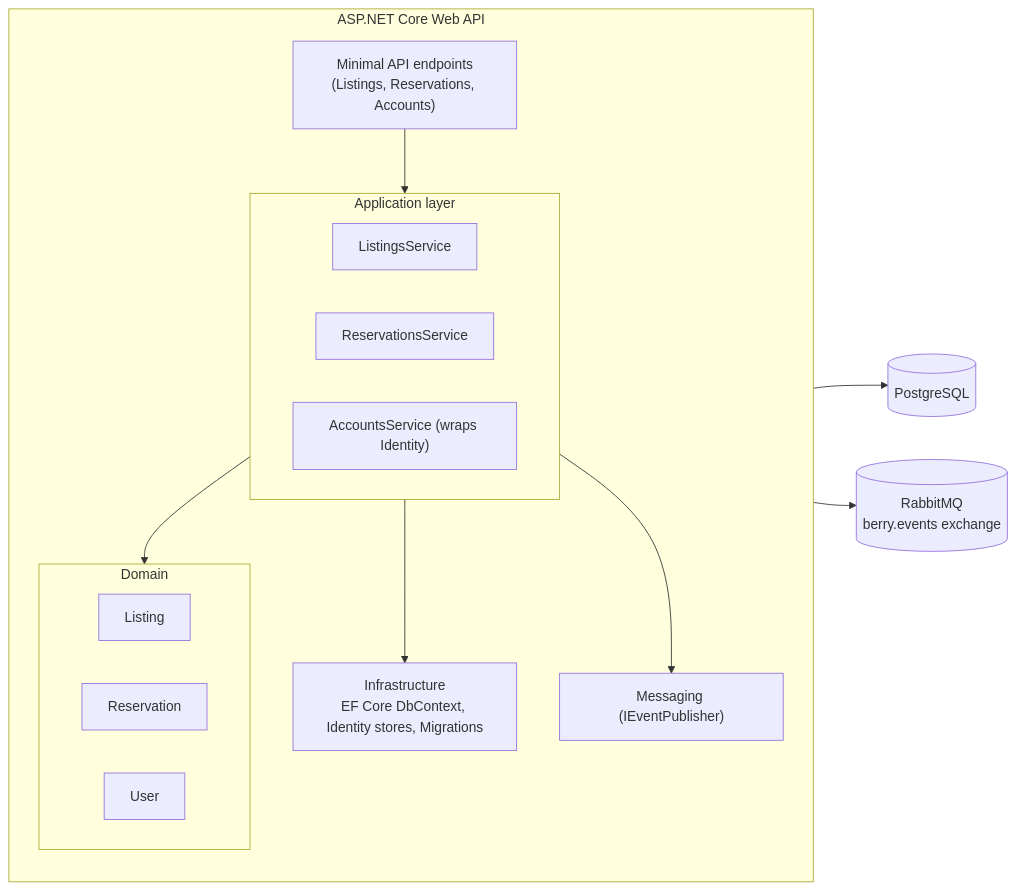
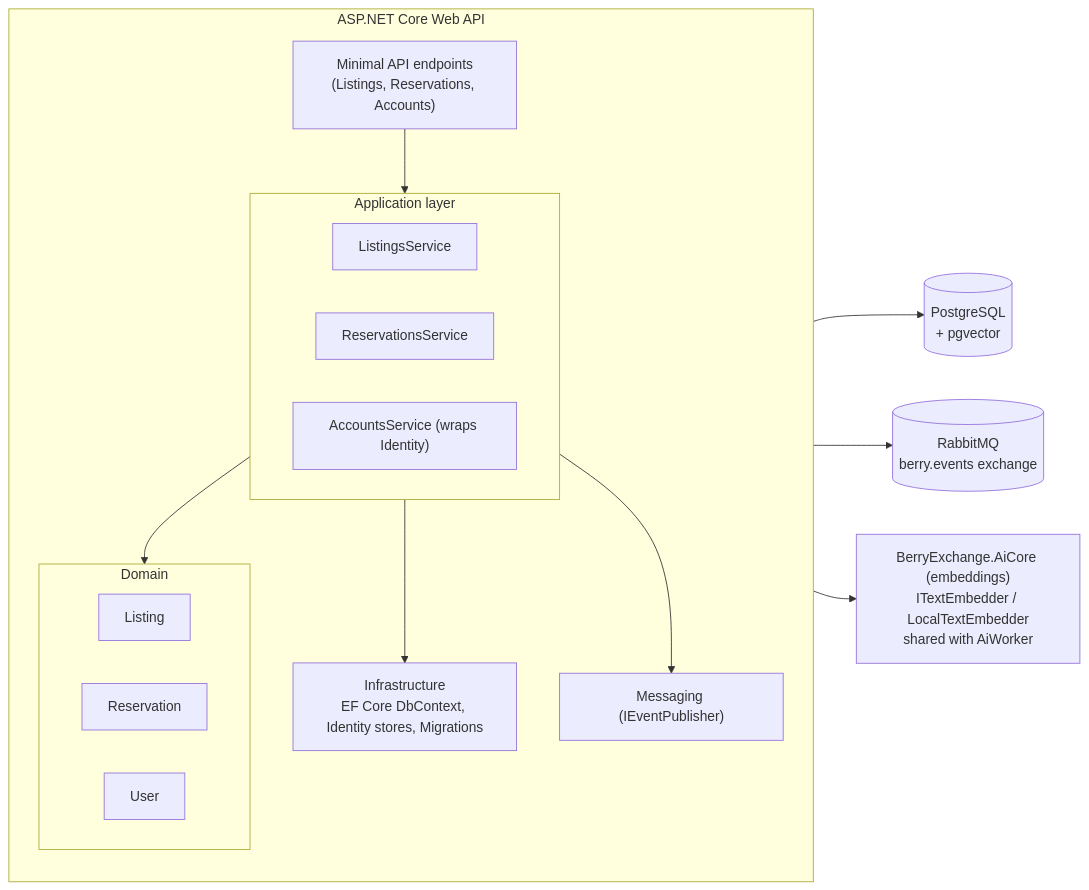
One commit to Nazarii-Mandiak/BerryMarketplace changed the diagram in docs/architecture/component-backend.mmd. Above: the diagram before and after it, drawn with Mermaid. The commit also changed 7 other files, not shown here.

Commit message:
Add AiCore shared library with local ONNX text embeddings (ADR-0010)

```diff
--- a/docs/architecture/component-backend.mmd
+++ b/docs/architecture/component-backend.mmd
@@ -1,27 +1,29 @@
 %% Berry Exchange — C4 Level 3: Components inside the API container
 graph LR
     subgraph API["ASP.NET Core Web API"]
         direction TB
         Endpoints["Minimal API endpoints<br/>(Listings, Reservations, Accounts)"]
         subgraph App["Application layer"]
             ListingsSvc[ListingsService]
             ResSvc[ReservationsService]
             AccountsSvc["AccountsService (wraps Identity)"]
         end
         subgraph Domain["Domain"]
             ListingEntity[Listing]
             ReservationEntity[Reservation]
             UserEntity[User]
         end
         Infra["Infrastructure<br/>EF Core DbContext, Identity stores, Migrations"]
         Messaging["Messaging (IEventPublisher)"]
     end
-    DB[("PostgreSQL")]
+    AiCore["BerryExchange.AiCore (embeddings)<br/>ITextEmbedder / LocalTextEmbedder<br/>shared with AiWorker"]
+    DB[("PostgreSQL<br/>+ pgvector")]
     Broker[("RabbitMQ<br/>berry.events exchange")]
 
     Endpoints --> App
     App --> Domain
     App --> Infra
     Infra --> DB
     App --> Messaging
     Messaging --> Broker
+    App --> AiCore
```
